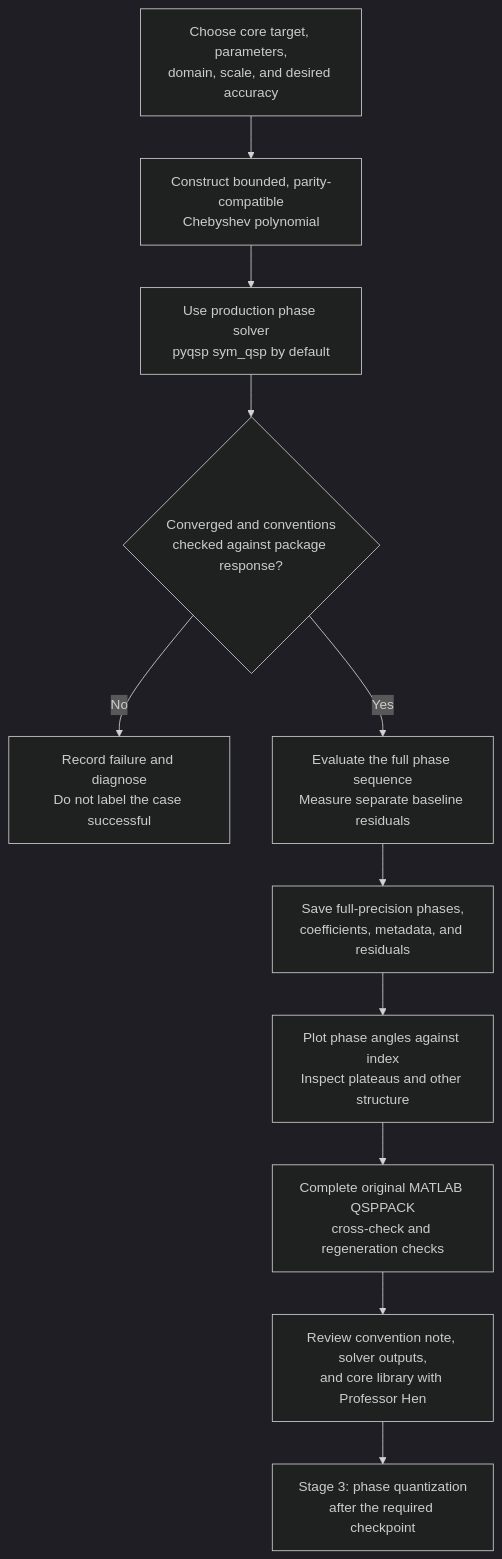
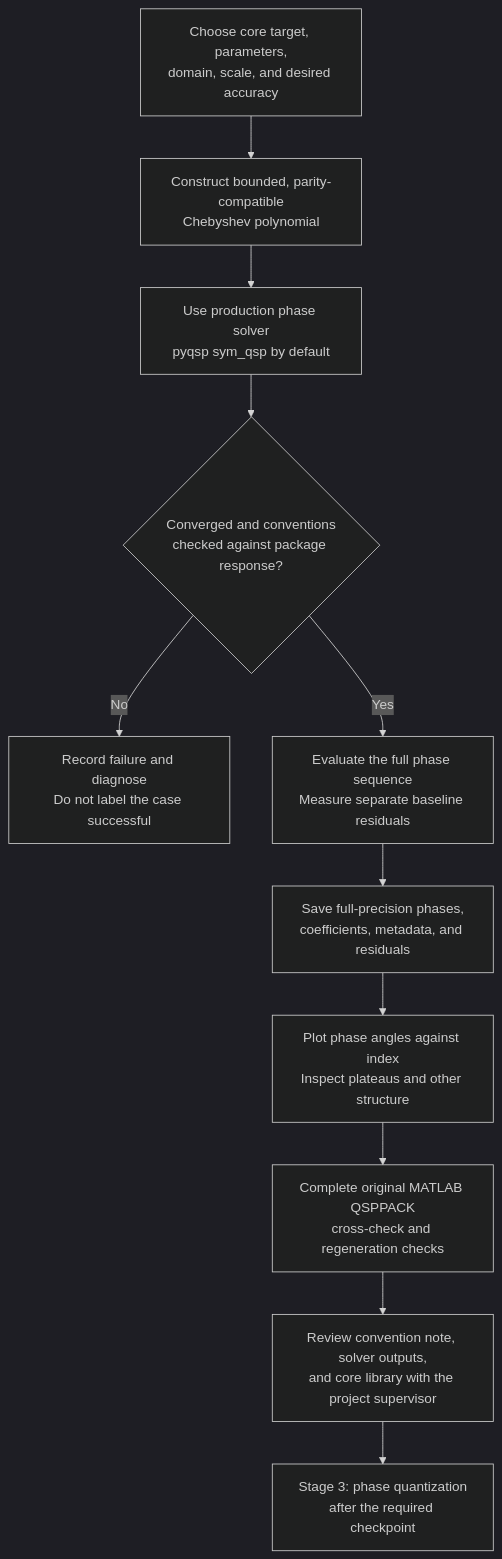
One commit to AnishKumar-gesgts2/qsp-finite-precision changed the diagram in notes/Stage 2 - Phase Library Concept.md. Above: the diagram before and after it, drawn with Mermaid (dark theme). The commit also changed other lines of this file and 19 other files, not shown here.

````diff
--- a/notes/Stage 2 - Phase Library Concept.md
+++ b/notes/Stage 2 - Phase Library Concept.md
@@ -35,13 +35,13 @@
 ```mermaid
 flowchart TD
     T["Choose core target, parameters,<br/>domain, scale, and desired accuracy"] --> P["Construct bounded, parity-compatible<br/>Chebyshev polynomial"]
     P --> S["Use production phase solver<br/>pyqsp sym_qsp by default"]
     S --> C{"Converged and conventions<br/>checked against package response?"}
     C -- No --> F["Record failure and diagnose<br/>Do not label the case successful"]
     C -- Yes --> E["Evaluate the full phase sequence<br/>Measure separate baseline residuals"]
     E --> L["Save full-precision phases,<br/>coefficients, metadata, and residuals"]
     L --> V["Plot phase angles against index<br/>Inspect plateaus and other structure"]
     V --> Q["Complete original MATLAB QSPPACK<br/>cross-check and regeneration checks"]
-    Q --> H["Review convention note, solver outputs,<br/>and core library with Professor Hen"]
+    Q --> H["Review convention note, solver outputs,<br/>and core library with the project supervisor"]
     H --> R["Stage 3: phase quantization<br/>after the required checkpoint"]
 ```
````
